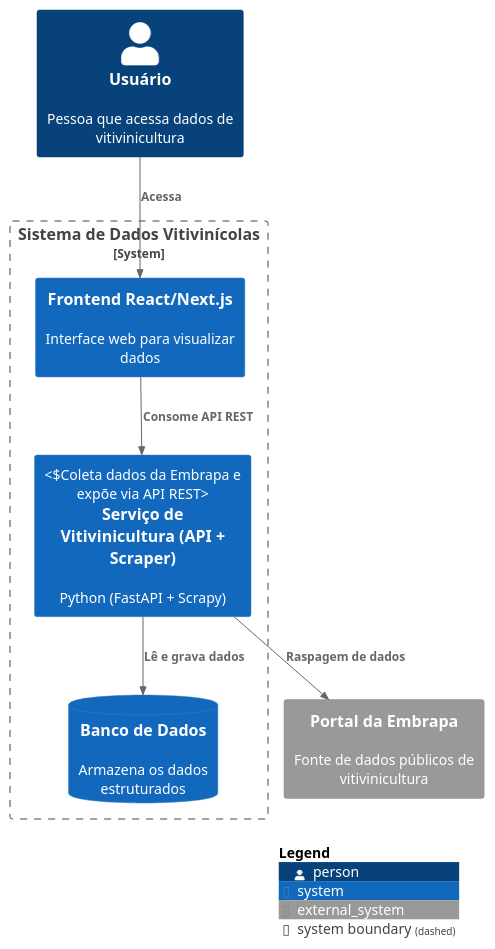
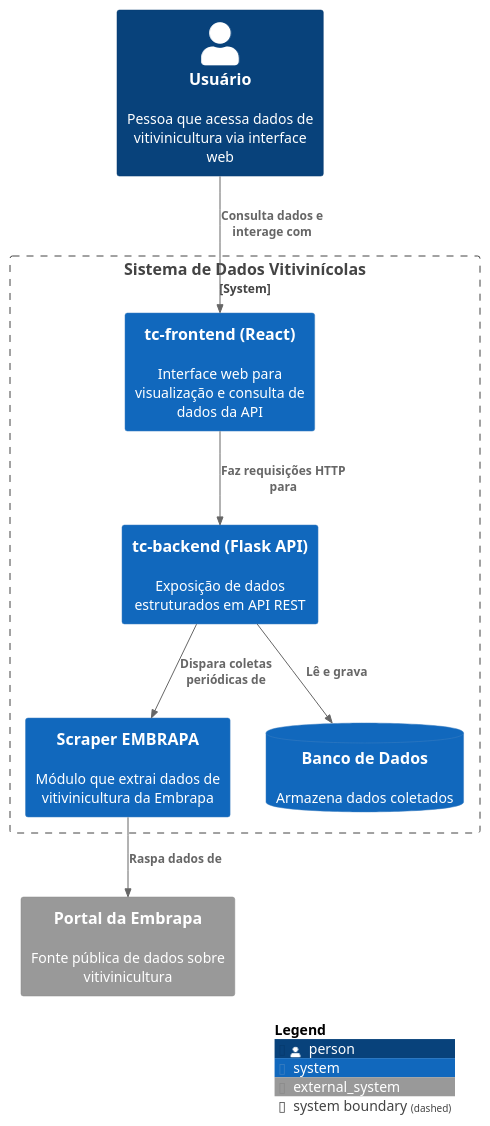
The diagram in docs/architecture/c4/1-context.puml (luisguilermes/postechml-tech-challenge), drawn with PlantUML before and after one commit. The commit also changed 9 other files, not shown here.

```diff
--- a/docs/architecture/c4/1-context.puml
+++ b/docs/architecture/c4/1-context.puml
@@ -1,20 +1,22 @@
 @startuml C4_Context
 !includeurl https://raw.githubusercontent.com/plantuml-stdlib/C4-PlantUML/master/C4_Context.puml
 
-Person(user, "Usuário", "Pessoa que acessa dados de vitivinicultura")
+Person(user, "Usuário", "Pessoa que acessa dados de vitivinicultura via interface web")
 
 System_Boundary(sistema, "Sistema de Dados Vitivinícolas") {
-    System(webapp, "Frontend React/Next.js", "Interface web para visualizar dados")
-    System(monolith, "Serviço de Vitivinicultura (API + Scraper)", "Python (FastAPI + Scrapy)", "Coleta dados da Embrapa e expõe via API REST")
-    SystemDb(database, "Banco de Dados", "Armazena os dados estruturados")
+    System(webapp, "tc-frontend (React)", "Interface web para visualização e consulta de dados da API")
+    System(api, "tc-backend (Flask API)", "Exposição de dados estruturados em API REST")
+    System(scraper, "Scraper EMBRAPA", "Módulo que extrai dados de vitivinicultura da Embrapa")
+    SystemDb(database, "Banco de Dados", "Armazena dados coletados")
 }
 
-System_Ext(embrapa, "Portal da Embrapa", "Fonte de dados públicos de vitivinicultura")
+System_Ext(embrapa, "Portal da Embrapa", "Fonte pública de dados sobre vitivinicultura")
 
-Rel(user, webapp, "Acessa")
-Rel(webapp, monolith, "Consome API REST")
-Rel(monolith, database, "Lê e grava dados")
-Rel(monolith, embrapa, "Raspagem de dados")
+Rel(user, webapp, "Consulta dados e interage com")
+Rel(webapp, api, "Faz requisições HTTP para")
+Rel(api, database, "Lê e grava")
+Rel(api, scraper, "Dispara coletas periódicas de")
+Rel(scraper, embrapa, "Raspa dados de")
 
 SHOW_LEGEND()
 @enduml
```
